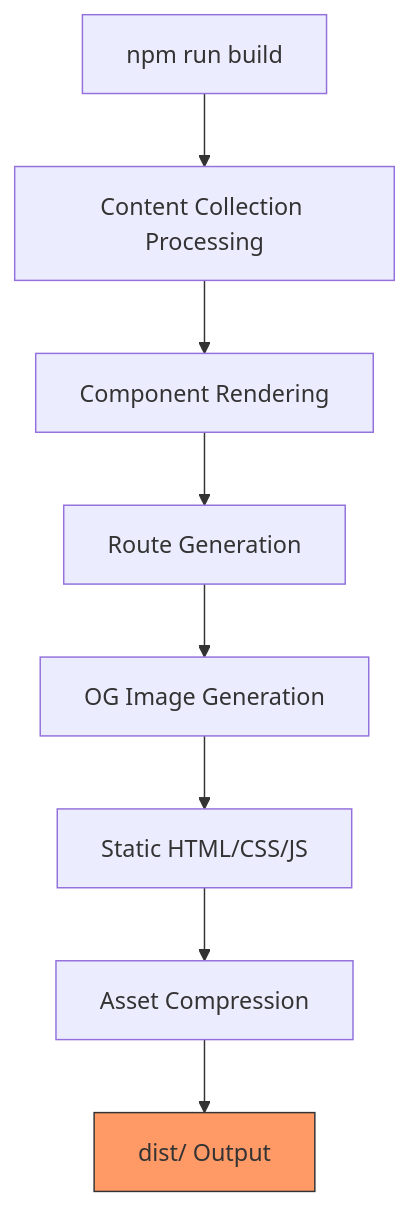
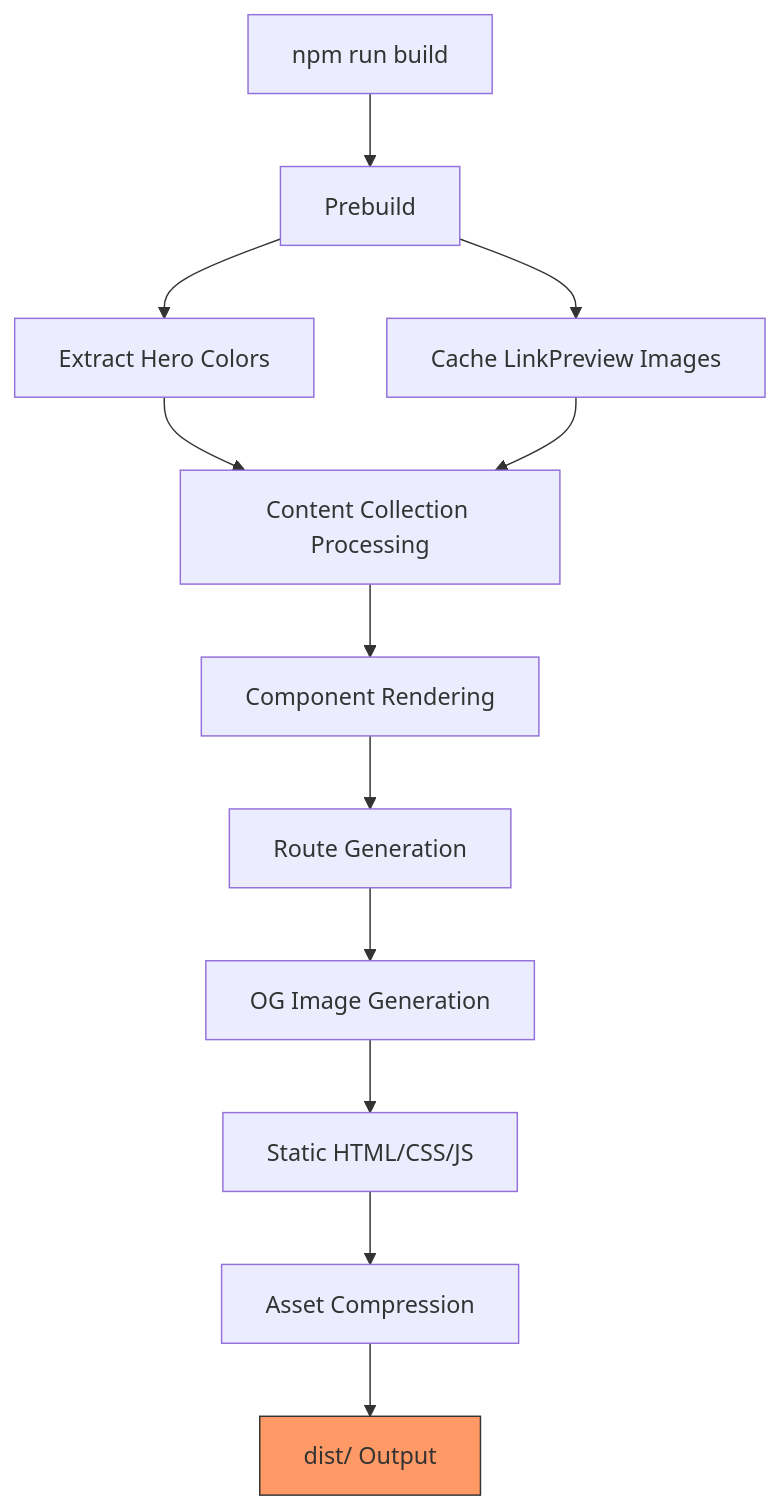
Before and after one commit to russmckendrick/blog: the seventh of 12 diagrams in docs/architecture/overview.md, drawn with Mermaid. The commit also changed other lines of this file and 4 other files, not shown here.

Commit message:
📝 (build-deployment.md, image-delivery.md, overview.md, using-embeds.md, embed-components.md): update documentation to include details on LinkPreview image caching and refresh workflow to improve clarity and usability for developers.

````diff
--- a/docs/architecture/overview.md
+++ b/docs/architecture/overview.md
@@ -250,12 +251,16 @@
 ```mermaid
 graph TD
-    A[npm run build] --> B[Content Collection Processing]
-    B --> C[Component Rendering]
-    C --> D[Route Generation]
-    D --> E[OG Image Generation]
-    E --> F[Static HTML/CSS/JS]
-    F --> G[Asset Compression]
-    G --> H[dist/ Output]
+    A[npm run build] --> B[Prebuild]
+    B --> B1[Extract Hero Colors]
+    B --> B2[Cache LinkPreview Images]
+    B1 --> C[Content Collection Processing]
+    B2 --> C
+    C --> D[Component Rendering]
+    D --> E[Route Generation]
+    E --> F[OG Image Generation]
+    F --> G[Static HTML/CSS/JS]
+    G --> H[Asset Compression]
+    H --> I[dist/ Output]
 
-    style H fill:#f96,stroke:#333
+    style I fill:#f96,stroke:#333
 ```
````
